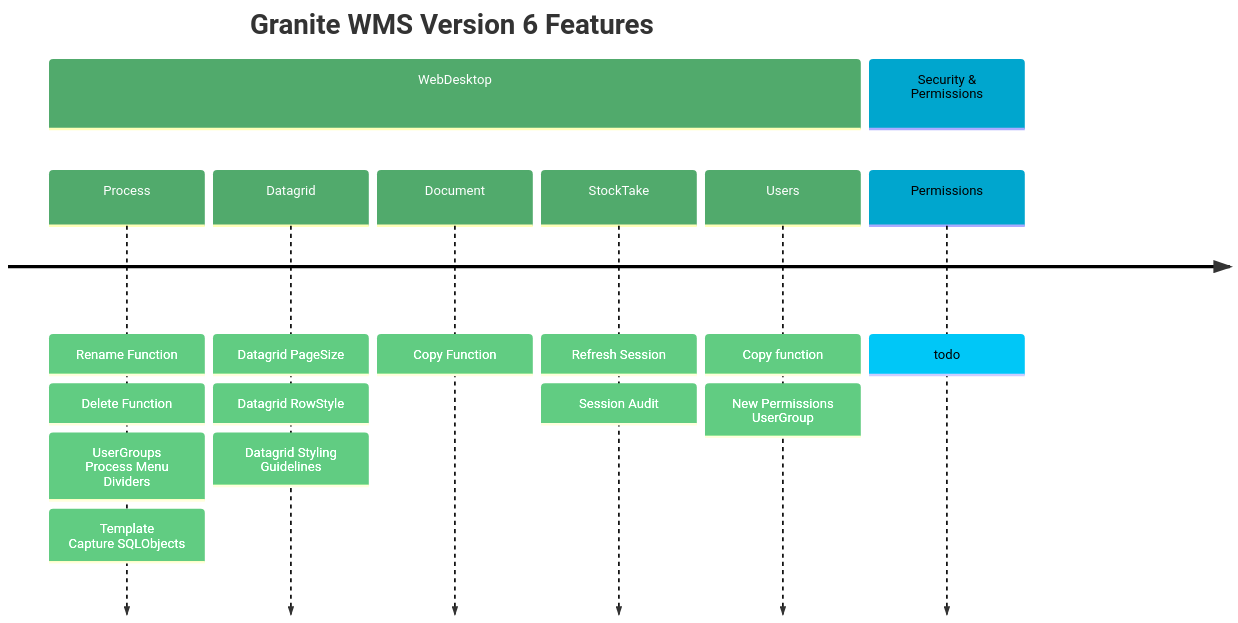
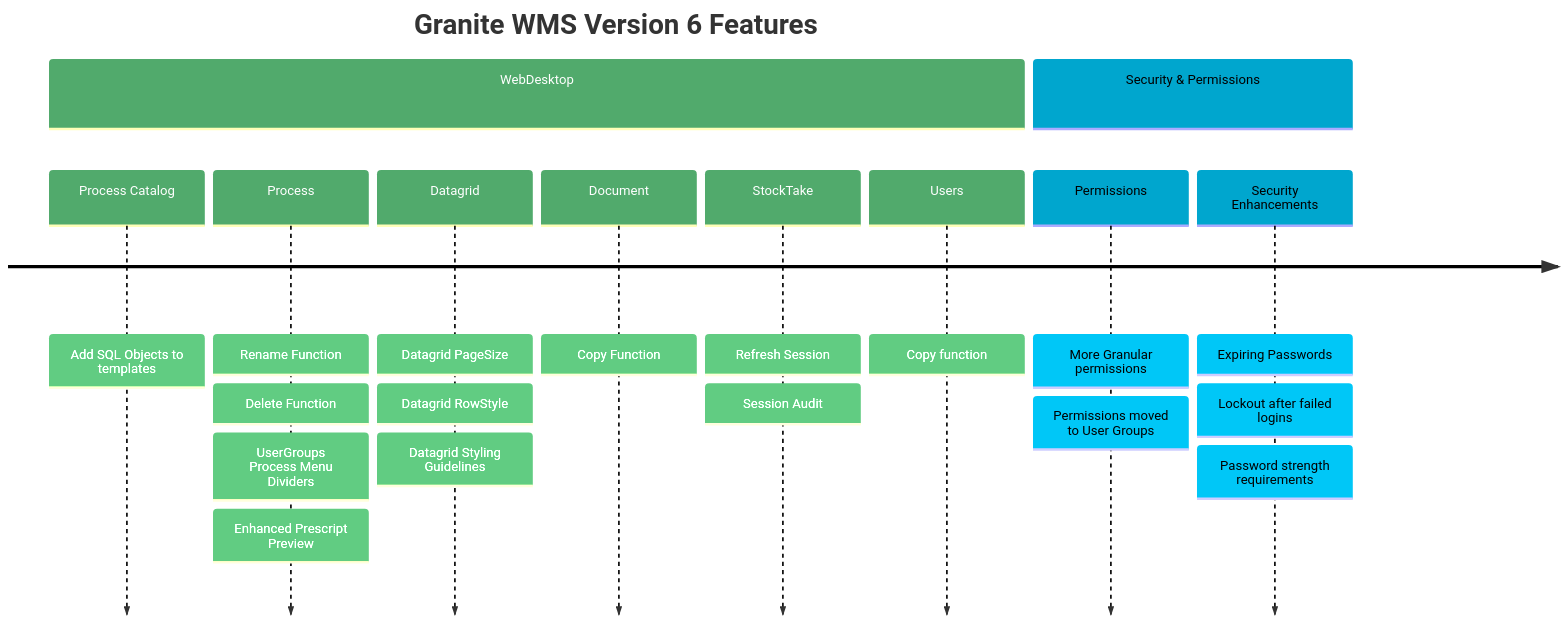
The second of 3 diagrams in docs/updates/V6/cheatsheet.md (GraniteWMS/GraniteDocs), drawn with Mermaid before and after one commit. The commit also changed other lines of this file, not shown here.

Commit message:
maint: update cheat sheet

````diff
--- a/docs/updates/V6/cheatsheet.md
+++ b/docs/updates/V6/cheatsheet.md
@@ -40,23 +40,27 @@
 ```mermaid
 %%{init: { 'logLevel': 'debug', 'theme': 'default' , 'themeVariables': {
               'cScale0': '#51AA6C', 'cScaleLabel0': '#ffffff',
               'cScale1': '#00A6CE',
               'cScale2': '#F24C0D', 'cScaleLabel2': '#ffffff'
        } } }%%
     timeline
         title Granite WMS Version 6 Features
 
         section WebDesktop
-          Process : Rename Function:  Delete Function:  UserGroups <br> Process Menu Dividers  : Template <br> Capture SQLObjects
+
+          Process Catalog : Add SQL Objects to templates
+
+          Process : Rename Function:  Delete Function:  UserGroups <br> Process Menu Dividers  : Enhanced Prescript Preview
 
           Datagrid : Datagrid PageSize : Datagrid RowStyle : Datagrid Styling Guidelines
           
           Document : Copy Function
 
           StockTake : Refresh Session : Session Audit
 
-          Users: Copy function : New Permissions <br> UserGroup
+          Users: Copy function 
 
          section Security & Permissions
-          Permissions : todo
+          Permissions : More Granular permissions : Permissions moved to User Groups
+          Security Enhancements : Expiring Passwords : Lockout after failed logins : Password strength requirements 
 ```
````
